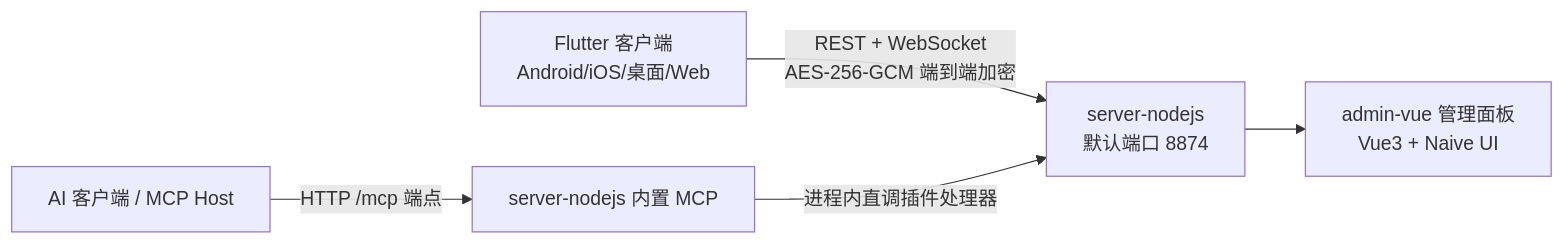
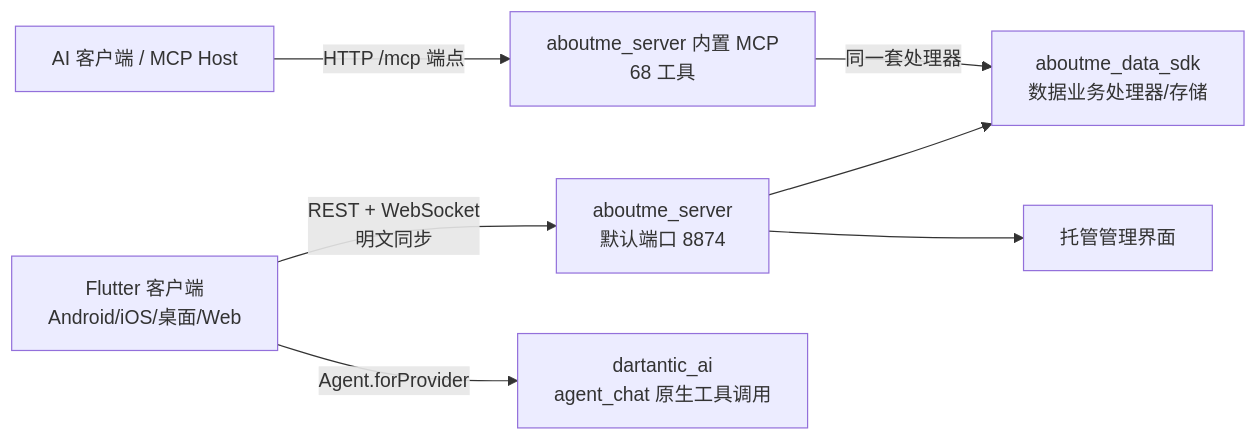
Before and after one commit to hunmer/about-me: the diagram in claude/overview.md, drawn with Mermaid. The commit also changed other lines of this file and 73 other files, not shown here.

````diff
--- a/claude/overview.md
+++ b/claude/overview.md
@@ -16,7 +16,9 @@
 ```mermaid
 graph LR
-    App[Flutter 客户端<br/>Android/iOS/桌面/Web] -->|REST + WebSocket<br/>AES-256-GCM 端到端加密| Server[server-nodejs<br/>默认端口 8874]
-    Server --> Admin[admin-vue 管理面板<br/>Vue3 + Naive UI]
-    AI[AI 客户端 / MCP Host] -->|HTTP /mcp 端点| MCP["server-nodejs 内置 MCP"]
-    MCP -->|进程内直调插件处理器| Server
+    App[Flutter 客户端<br/>Android/iOS/桌面/Web] -->|REST + WebSocket<br/>明文同步| Server[aboutme_server<br/>默认端口 8874]
+    Server --> SDK[aboutme_data_sdk<br/>数据业务处理器/存储]
+    Server --> Admin[托管管理界面]
+    AI[AI 客户端 / MCP Host] -->|HTTP /mcp 端点| MCP["aboutme_server 内置 MCP<br/>68 工具"]
+    MCP -->|同一套处理器| SDK
+    App -->|Agent.forProvider| Dartantic[dartantic_ai<br/>agent_chat 原生工具调用]
 ```
````
